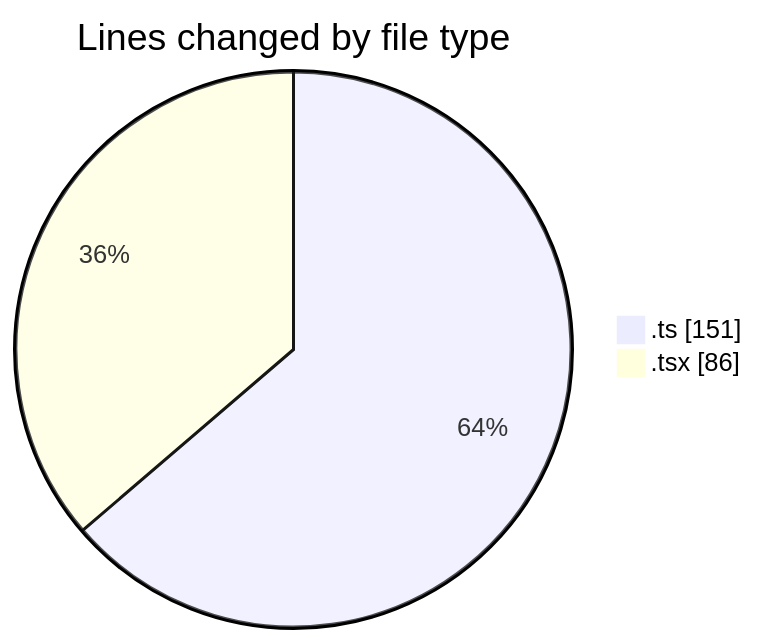
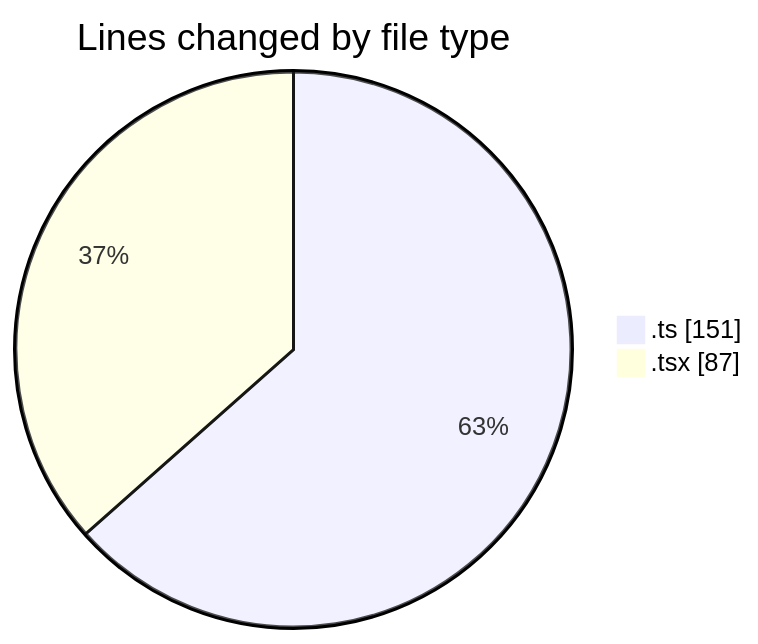
One commit to julien-gomy/code-tracking changed the first of 2 diagrams in 2025-10-22/eventscop-frontend-guide__workspace_/README.md. Above: the diagram before and after it, drawn with Mermaid. The commit also changed other lines of this file and 1 other file, not shown here.

````diff
--- a/2025-10-22/eventscop-frontend-guide__workspace_/README.md
+++ b/2025-10-22/eventscop-frontend-guide__workspace_/README.md
@@ -26,6 +26,6 @@
 ```mermaid
 pie showData
 title Lines changed by file type
 ".ts" : 151
-".tsx" : 86
+".tsx" : 87
 ```
````
